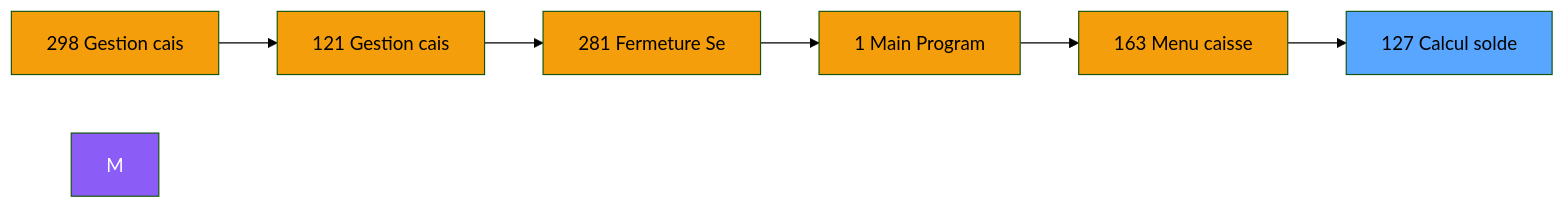
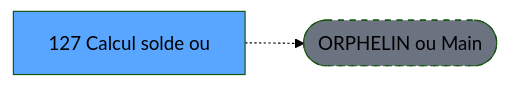
Before and after one commit to thonyAGP/lecteur-magic: the second of 3 diagrams in .openspec/specs/ADH-IDE-127.md, drawn with Mermaid (forest theme). The commit also changed other lines of this file and 701 other files, not shown here.

````diff
--- a/.openspec/specs/ADH-IDE-127.md
+++ b/.openspec/specs/ADH-IDE-127.md
@@ -116,21 +120,8 @@
 ```mermaid
 graph LR
-    N298[298 Gestion cais]
-    N121[121 Gestion cais]
-    N281[281 Fermeture Se]
-    N1[1 Main Program]
-    N163[163 Menu caisse ]
-    T[127 Calcul solde]
-    N298 --> N121
-    N121 --> N281
-    N281 --> N1
-    N1 --> N163
-    N163 --> T
-    style M fill:#8b5cf6,color:#fff
-    style N298 fill:#f59e0b
-    style N121 fill:#f59e0b
-    style N281 fill:#f59e0b
-    style N1 fill:#f59e0b
-    style N163 fill:#f59e0b
+    T[127 Calcul solde ou]
+    ORPHAN([ORPHELIN ou Main])
+    T -.-> ORPHAN
     style T fill:#58a6ff,color:#000
+    style ORPHAN fill:#6b7280,stroke-dasharray: 5 5
 ```
````
